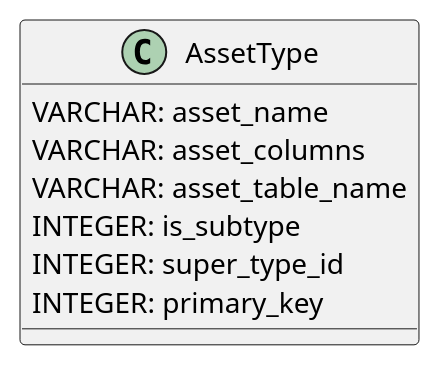
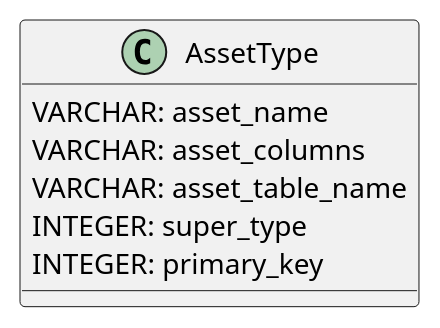
The diagram in doc/components/graphics/plantuml_wsd_files/asset_type_db.wsd (PDT42/AnyBase), drawn with PlantUML before and after one commit. The commit also changed 4 other files, not shown here.

Commit message:
removed redundant field super_type, added created field to Asset/Type

```diff
--- a/doc/components/graphics/plantuml_wsd_files/asset_type_db.wsd
+++ b/doc/components/graphics/plantuml_wsd_files/asset_type_db.wsd
@@ -1,12 +1,11 @@
 @startuml asset_type_db
 
 class AssetType {
     VARCHAR: asset_name
     VARCHAR: asset_columns
     VARCHAR: asset_table_name
-    INTEGER: is_subtype
-    INTEGER: super_type_id
+    INTEGER: super_type
     INTEGER: primary_key
 }
 
 @enduml
```
